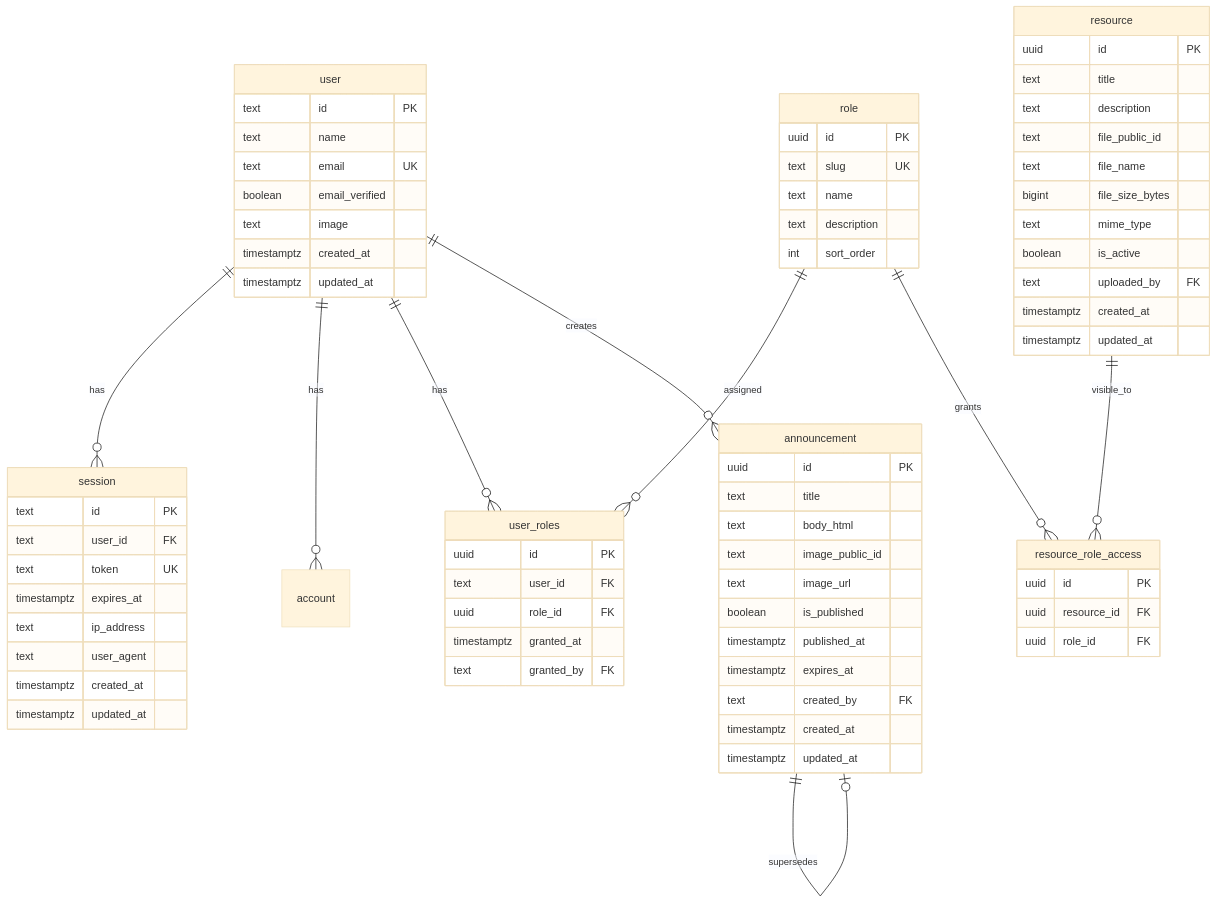
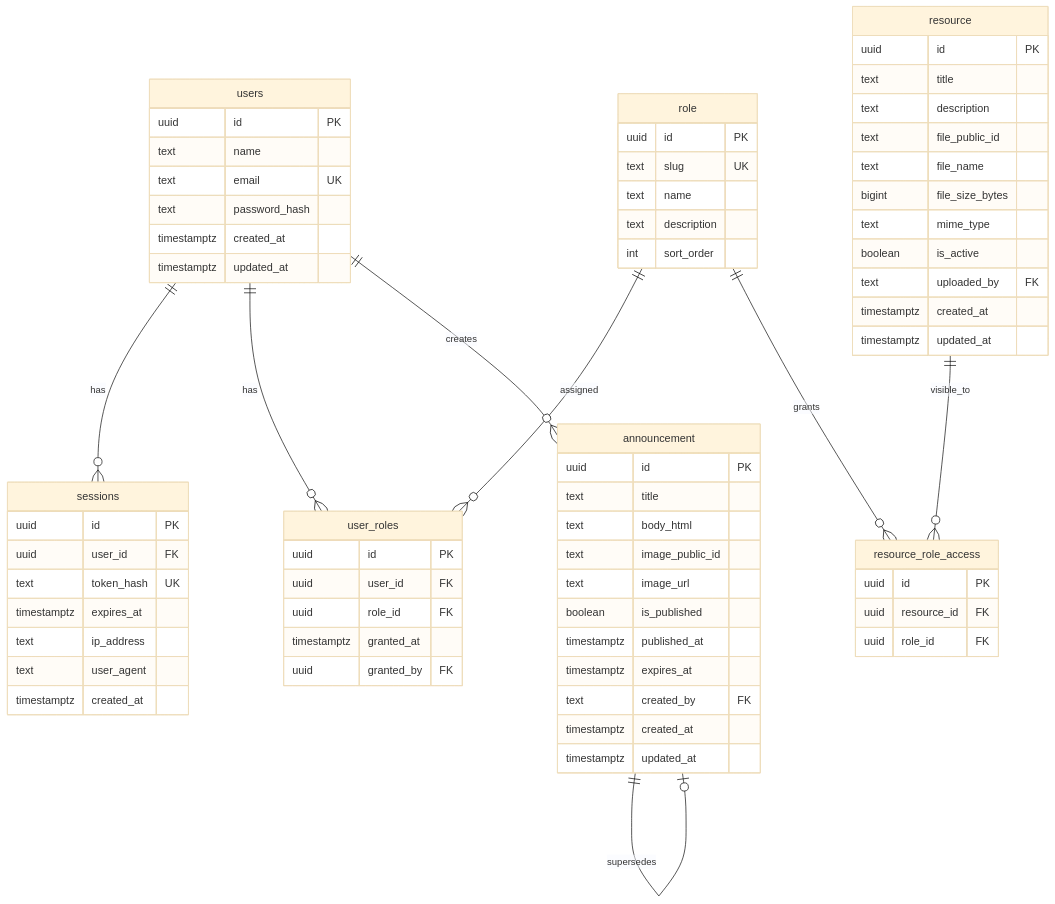
One commit to DavidK4leido5/non-profit-cfc-website changed the fourth of 6 diagrams in PLAN.md. Above: the diagram before and after it, drawn with Mermaid (base theme). The commit also changed other lines of this file and 34 other files, not shown here.

````diff
--- a/PLAN.md
+++ b/PLAN.md
@@ -572,82 +575,79 @@
 ```mermaid
 erDiagram
-    user ||--o{ session : has
-    user ||--o{ account : has
-    user ||--o{ user_roles : has
+    users ||--o{ sessions : has
+    users ||--o{ user_roles : has
     role ||--o{ user_roles : assigned
     role ||--o{ resource_role_access : grants
     resource ||--o{ resource_role_access : visible_to
-    user ||--o{ announcement : creates
+    users ||--o{ announcement : creates
     announcement ||--o| announcement : supersedes
 
-    user {
-        text id PK
+    users {
+        uuid id PK
         text name
         text email UK
-        boolean email_verified
-        text image
+        text password_hash
         timestamptz created_at
         timestamptz updated_at
     }
 
-    session {
-        text id PK
-        text user_id FK
-        text token UK
+    sessions {
+        uuid id PK
+        uuid user_id FK
+        text token_hash UK
         timestamptz expires_at
         text ip_address
         text user_agent
         timestamptz created_at
-        timestamptz updated_at
     }
 
     role {
         uuid id PK
         text slug UK
         text name
         text description
         int sort_order
     }
 
     user_roles {
         uuid id PK
-        text user_id FK
+        uuid user_id FK
         uuid role_id FK
         timestamptz granted_at
-        text granted_by FK
+        uuid granted_by FK
     }
 
     announcement {
         uuid id PK
         text title
         text body_html
         text image_public_id
         text image_url
         boolean is_published
         timestamptz published_at
         timestamptz expires_at
         text created_by FK
         timestamptz created_at
         timestamptz updated_at
     }
 
     resource {
         uuid id PK
         text title
         text description
         text file_public_id
         text file_name
         bigint file_size_bytes
         text mime_type
         boolean is_active
         text uploaded_by FK
         timestamptz created_at
         timestamptz updated_at
     }
 
     resource_role_access {
         uuid id PK
         uuid resource_id FK
         uuid role_id FK
     }
 ```
````
